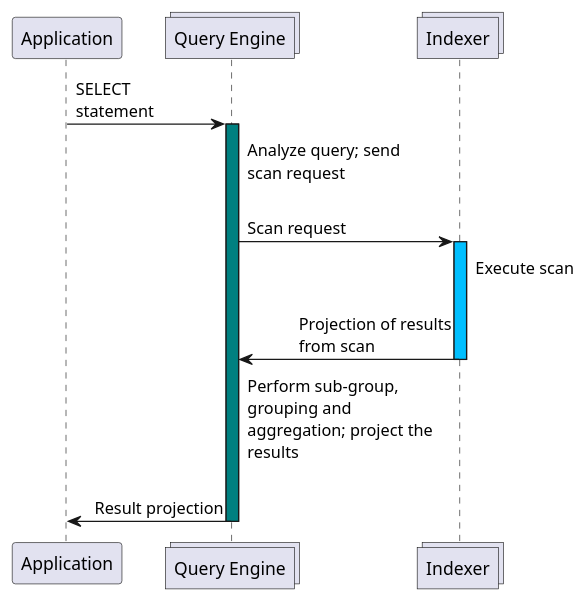
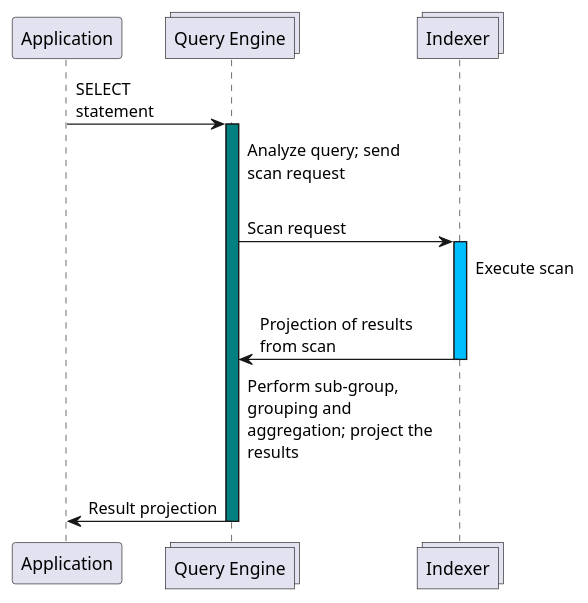
Before and after one commit to couchbaselabs/docs-devex: the second of 2 diagrams in modules/indexes/pages/groupby-aggregate-performance.adoc, drawn with PlantUML. The commit also changed other lines of this file, not shown here.

Commit message:
[DOC-14124]: Query service’s documentation backend seems to have some problem (#640)

```diff
--- a/modules/indexes/pages/groupby-aggregate-performance.adoc
+++ b/modules/indexes/pages/groupby-aggregate-performance.adoc
@@ -108,31 +107,30 @@
 [plantuml,GBAP_pre55execution,svg]
 ....
 @startuml
 
 skinparam maxMessageSize 150
 skinparam responseMessageBelowArrow true
-skinparam sequenceMessageAlign direction
 
 ' title Query Execution without Grouping and Aggregation Pushdown
 
 participant Application
 
 collections "Query Engine" as Query
 collections "Indexer" as Index
 
 Application -> Query: SELECT\nstatement
 activate Query #teal
 
 Query -[#transparent]> Query: Analyze query; send scan request
 Query -> Index: Scan request
 activate Index #deepskyblue
 
 Index -[#transparent]> Index: Execute scan
 Index -> Query: Projection of results from scan
 deactivate Index
 
 Query -[#transparent]> Query: Perform sub-group, grouping and aggregation; project the results
 Query -> Application: Result projection
 deactivate Query
 @enduml
 ....
```
